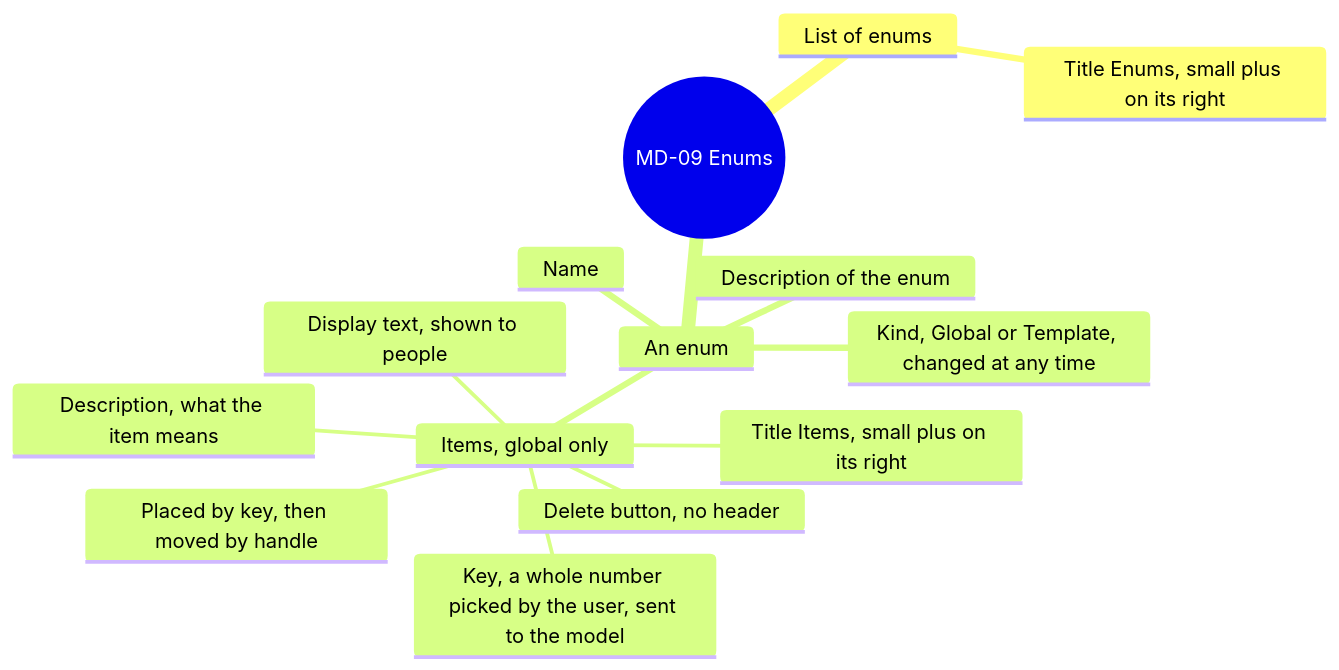
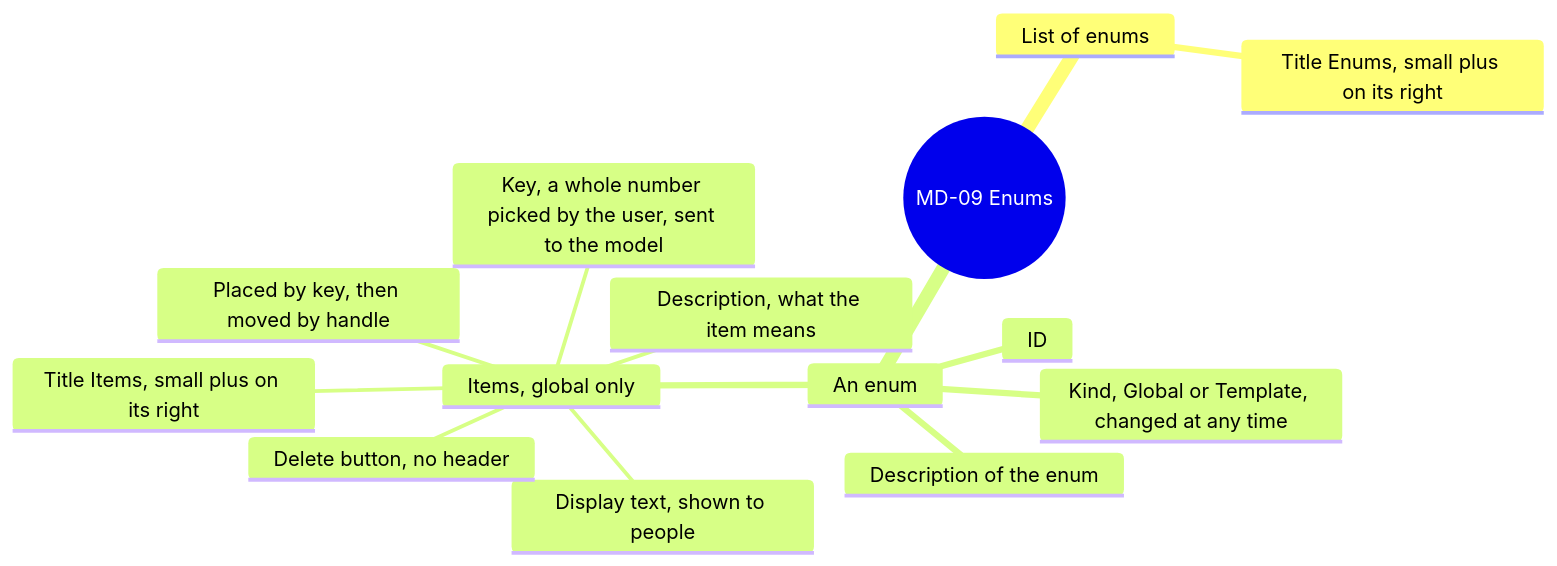
Diagram 15 of 17 in screens/metadata.md (AlexandreGallais/synoptic-studio-spec), drawn with Mermaid before and after one commit. The commit also changed other lines of this file and 1 other file, not shown here.

First line of the commit message:
docs(metadata): group dependent fields and name each choice

````diff
--- a/screens/metadata.md
+++ b/screens/metadata.md
@@ -500,17 +500,17 @@
 ```mermaid
 mindmap
   root((MD-09 Enums))
     List of enums
       Title Enums, small plus on its right
     An enum
-      Name
+      ID
       Kind, Global or Template, changed at any time
       Description of the enum
       Items, global only
         Title Items, small plus on its right
         Key, a whole number picked by the user, sent to the model
         Display text, shown to people
         Description, what the item means
         Delete button, no header
         Placed by key, then moved by handle
 ```
````
